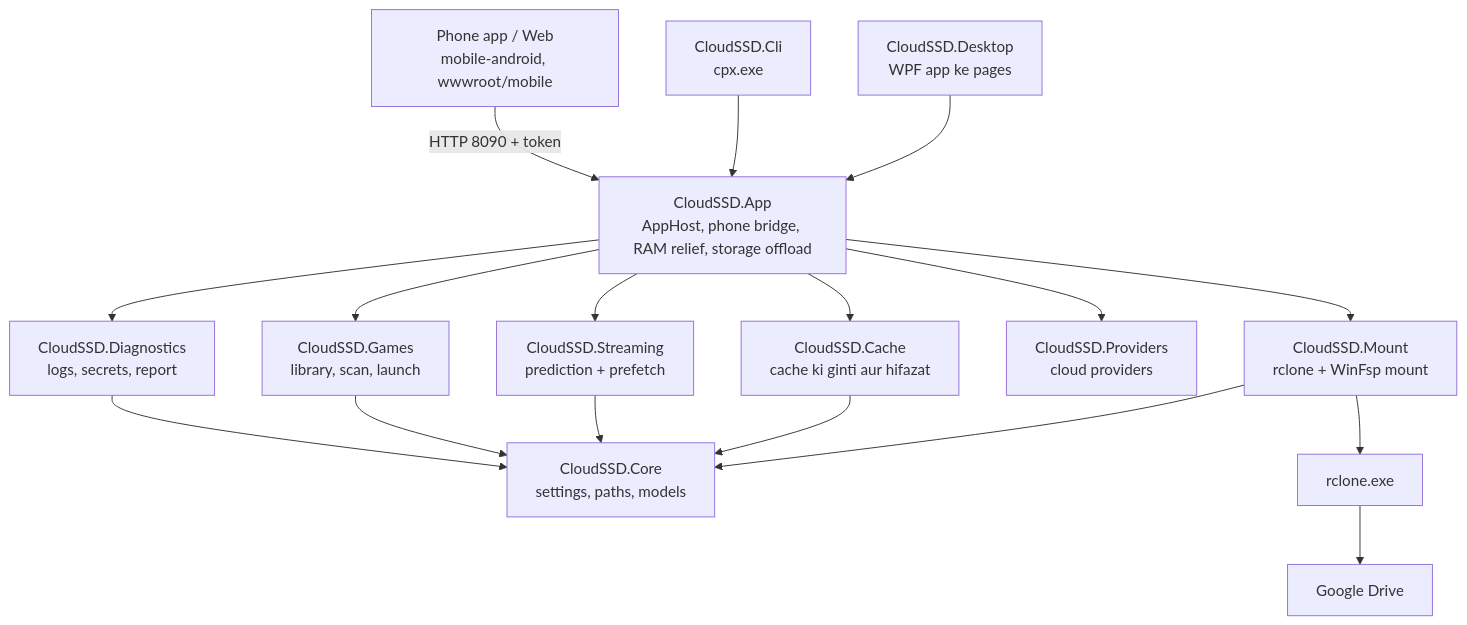
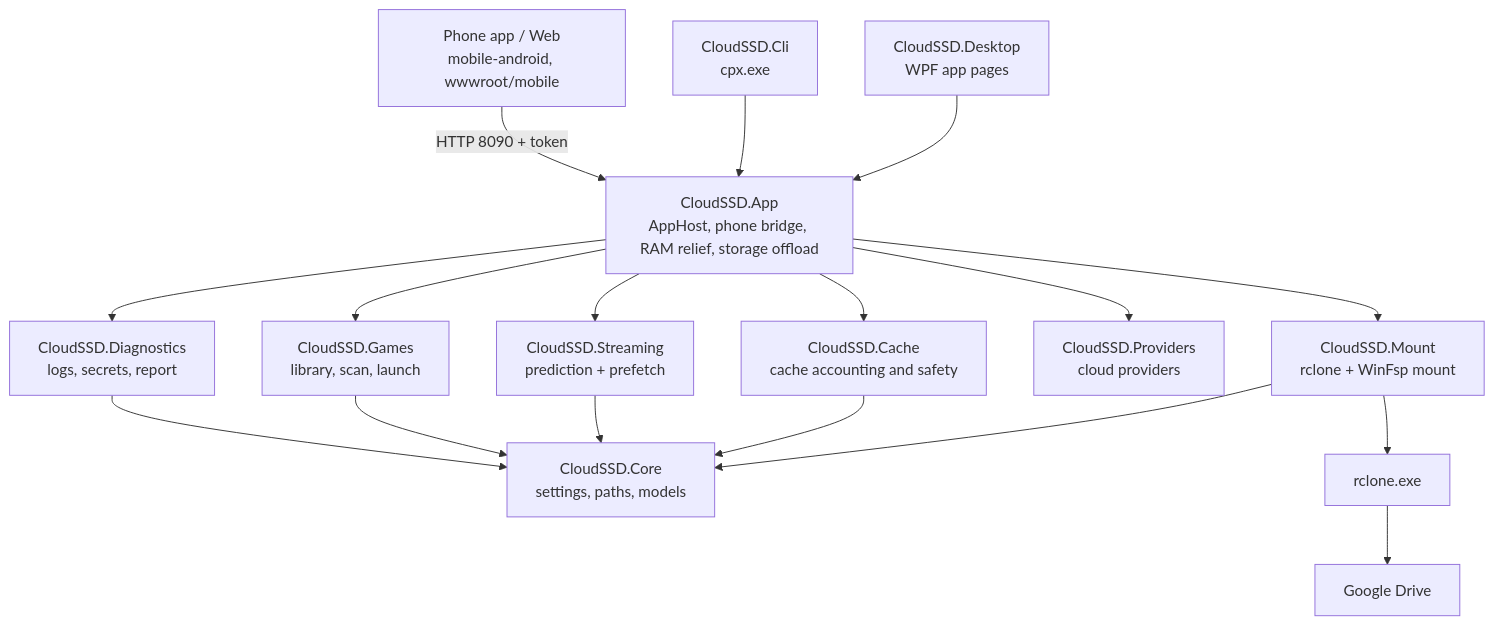
Before and after one commit to allproject121/Cloud-Drive: the third of 3 diagrams in README.md, drawn with Mermaid. The commit also changed other lines of this file and 1 other file, not shown here.

````diff
--- a/README.md
+++ b/README.md
@@ -250,33 +264,33 @@
 ```mermaid
 flowchart TD
-    UI["CloudSSD.Desktop<br/>WPF app ke pages"]
+    UI["CloudSSD.Desktop<br/>WPF app pages"]
     CLI["CloudSSD.Cli<br/>cpx.exe"]
     PH["Phone app / Web<br/>mobile-android, wwwroot/mobile"]
     APP["CloudSSD.App<br/>AppHost, phone bridge, RAM relief, storage offload"]
     MNT["CloudSSD.Mount<br/>rclone + WinFsp mount"]
-    CCH["CloudSSD.Cache<br/>cache ki ginti aur hifazat"]
+    CCH["CloudSSD.Cache<br/>cache accounting and safety"]
     STR["CloudSSD.Streaming<br/>prediction + prefetch"]
     GMS["CloudSSD.Games<br/>library, scan, launch"]
     PRV["CloudSSD.Providers<br/>cloud providers"]
     DIA["CloudSSD.Diagnostics<br/>logs, secrets, report"]
     CORE["CloudSSD.Core<br/>settings, paths, models"]
     RC["rclone.exe"]
     GD["Google Drive"]
 
     UI --> APP
     CLI --> APP
     PH -->|"HTTP 8090 + token"| APP
     APP --> MNT
     APP --> CCH
     APP --> STR
     APP --> GMS
     APP --> PRV
     APP --> DIA
     MNT --> CORE
     CCH --> CORE
     STR --> CORE
     GMS --> CORE
     DIA --> CORE
     MNT --> RC
     RC --> GD
 ```
````
